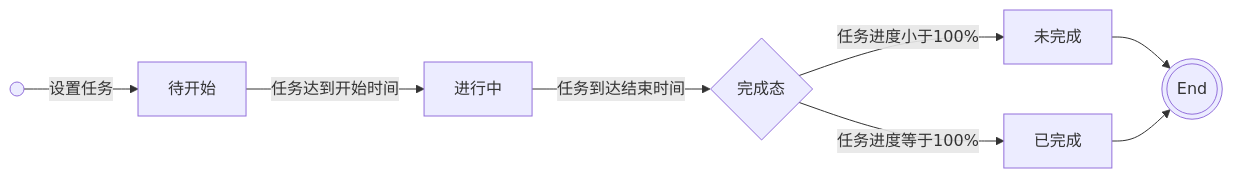
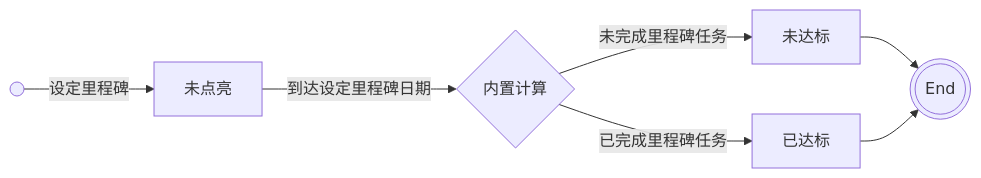
One commit to Junlin-Robin/wz_study changed the fourth of 7 diagrams in docs/program/weapp-connor.md. Above: the diagram before and after it, drawn with Mermaid. The commit also changed other lines of this file, not shown here.

````diff
--- a/docs/program/weapp-connor.md
+++ b/docs/program/weapp-connor.md
@@ -108,12 +123,11 @@
 ```mermaid
 graph LR
 A@{ shape: sm-circ, label: "Start" }
 E@{ shape: dbl-circ, label: "End" }
-A --> |设置任务| a[待开始]
-a --> |任务达到开始时间| b[进行中]
-b --> |任务到达结束时间| c{完成态}
-c --> |任务进度小于100%| d[未完成]
-c --> |任务进度等于100%| e[已完成]
+A --> |设定里程碑| a[未点亮]
+a --> |到达设定里程碑日期| b{内置计算}
+b --> |未完成里程碑任务| c[未达标]
+b --> |已完成里程碑任务| d[已达标]
+c --> E
 d --> E
-e --> E
 ```
````
